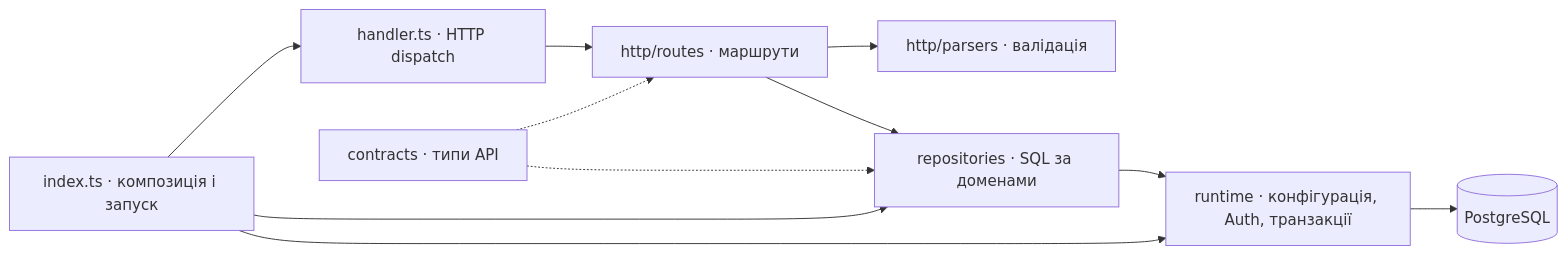
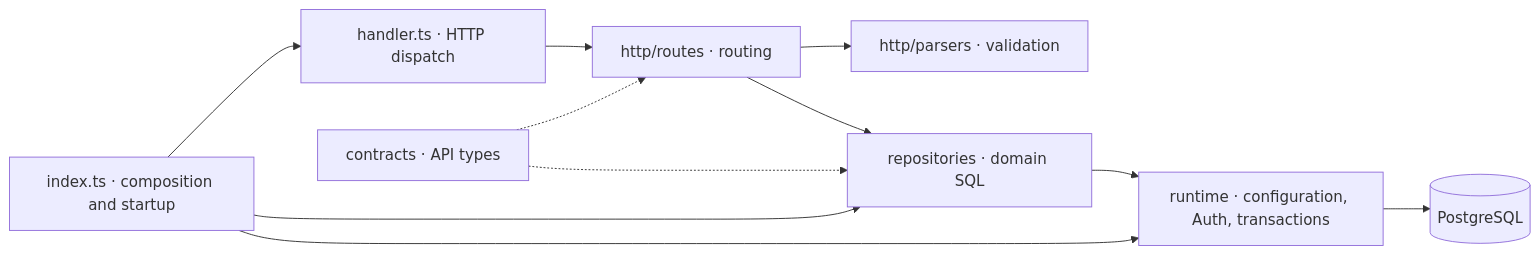
One commit to anton5267/rewind-letterboxd changed the second of 3 diagrams in README.md. Above: the diagram before and after it, drawn with Mermaid. The commit also changed other lines of this file, not shown here.

````diff
--- a/README.md
+++ b/README.md
@@ -25,13 +25,13 @@
 ```mermaid
 flowchart LR
-    Entry["index.ts · композиція і запуск"] --> Handler["handler.ts · HTTP dispatch"]
-    Handler --> Routes["http/routes · маршрути"]
-    Routes --> Parsers["http/parsers · валідація"]
-    Routes --> Repositories["repositories · SQL за доменами"]
+    Entry["index.ts · composition and startup"] --> Handler["handler.ts · HTTP dispatch"]
+    Handler --> Routes["http/routes · routing"]
+    Routes --> Parsers["http/parsers · validation"]
+    Routes --> Repositories["repositories · domain SQL"]
     Entry --> Repositories
-    Entry --> Runtime["runtime · конфігурація, Auth, транзакції"]
+    Entry --> Runtime["runtime · configuration, Auth, transactions"]
     Repositories --> Runtime
     Runtime --> Database[("PostgreSQL")]
-    Contracts["contracts · типи API"] -.-> Routes
+    Contracts["contracts · API types"] -.-> Routes
     Contracts -.-> Repositories
 ```
````
